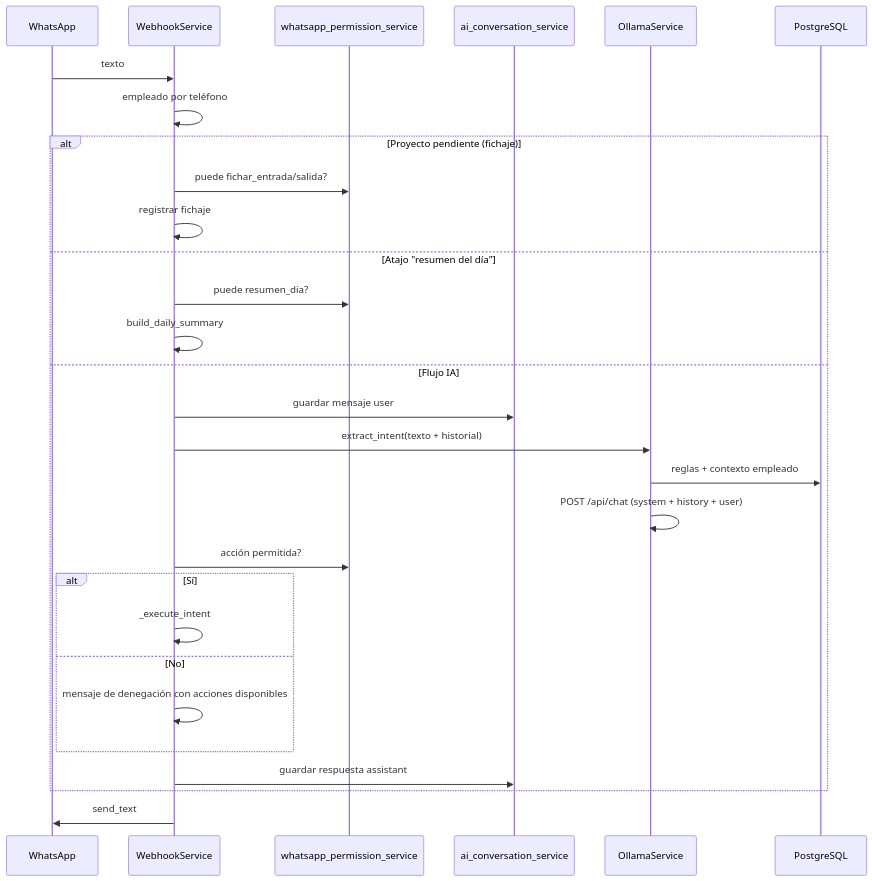
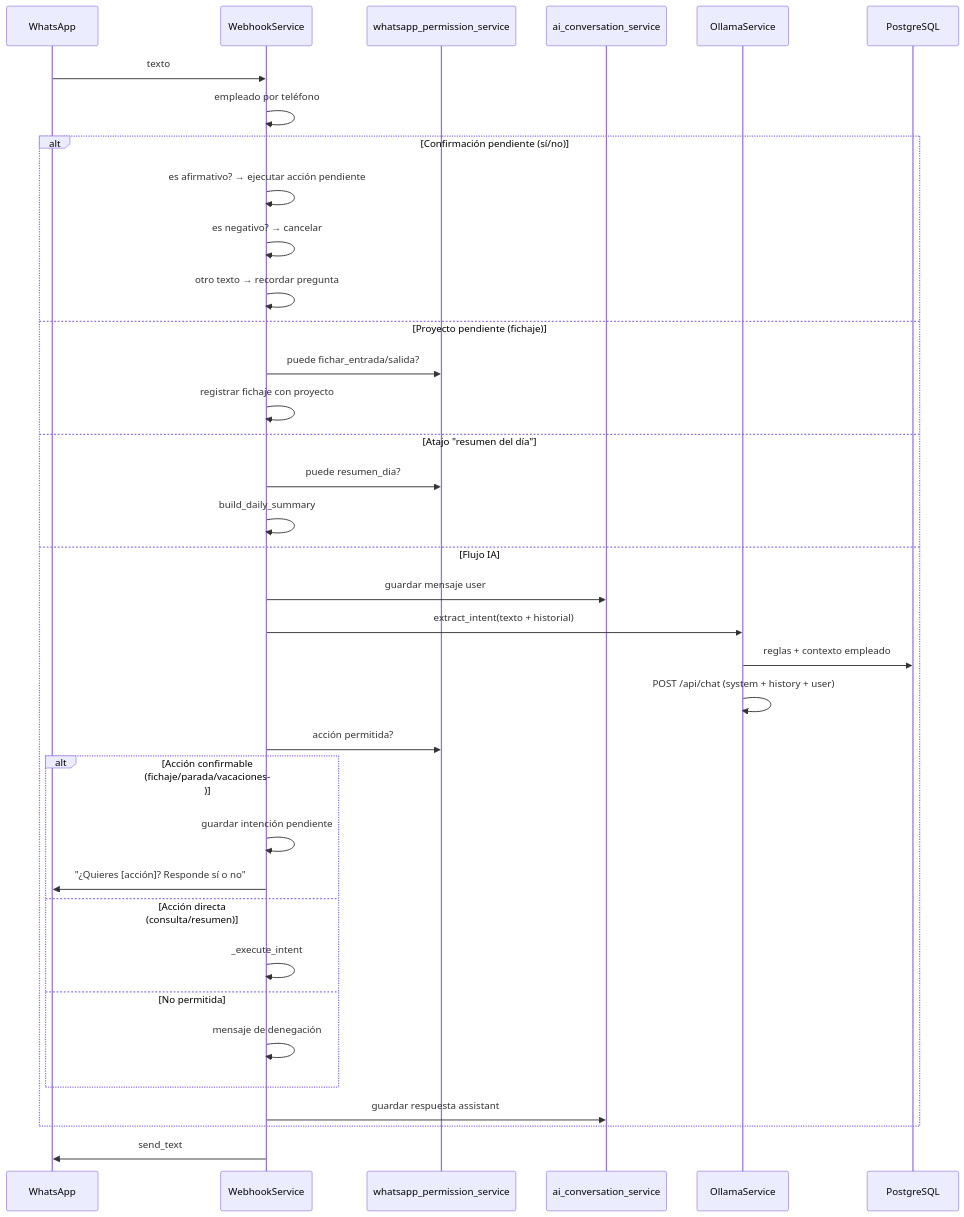
Before and after one commit to bnt4041/alcurro: the diagram in docs/AI_WHATSAPP.md, drawn with Mermaid. The commit also changed other lines of this file and 23 other files, not shown here.

````diff
--- a/docs/AI_WHATSAPP.md
+++ b/docs/AI_WHATSAPP.md
@@ -18,32 +18,39 @@
 ```mermaid
 sequenceDiagram
   participant WA as WhatsApp
   participant WH as WebhookService
   participant PERM as whatsapp_permission_service
   participant HIST as ai_conversation_service
   participant OL as OllamaService
   participant DB as PostgreSQL
 
   WA->>WH: texto
   WH->>WH: empleado por teléfono
-  alt Proyecto pendiente (fichaje)
+  alt Confirmación pendiente (sí/no)
+    WH->>WH: es afirmativo? → ejecutar acción pendiente
+    WH->>WH: es negativo? → cancelar
+    WH->>WH: otro texto → recordar pregunta
+  else Proyecto pendiente (fichaje)
     WH->>PERM: puede fichar_entrada/salida?
-    WH->>WH: registrar fichaje
+    WH->>WH: registrar fichaje con proyecto
   else Atajo "resumen del día"
     WH->>PERM: puede resumen_dia?
     WH->>WH: build_daily_summary
   else Flujo IA
     WH->>HIST: guardar mensaje user
     WH->>OL: extract_intent(texto + historial)
     OL->>DB: reglas + contexto empleado
     OL->>OL: POST /api/chat (system + history + user)
     WH->>PERM: acción permitida?
-    alt Sí
+    alt Acción confirmable (fichaje/parada/vacaciones)
+      WH->>WH: guardar intención pendiente
+      WH->>WA: "¿Quieres [acción]? Responde sí o no"
+    else Acción directa (consulta/resumen)
       WH->>WH: _execute_intent
-    else No
-      WH->>WH: mensaje de denegación con acciones disponibles
+    else No permitida
+      WH->>WH: mensaje de denegación
     end
     WH->>HIST: guardar respuesta assistant
   end
   WH->>WA: send_text
 ```
````
